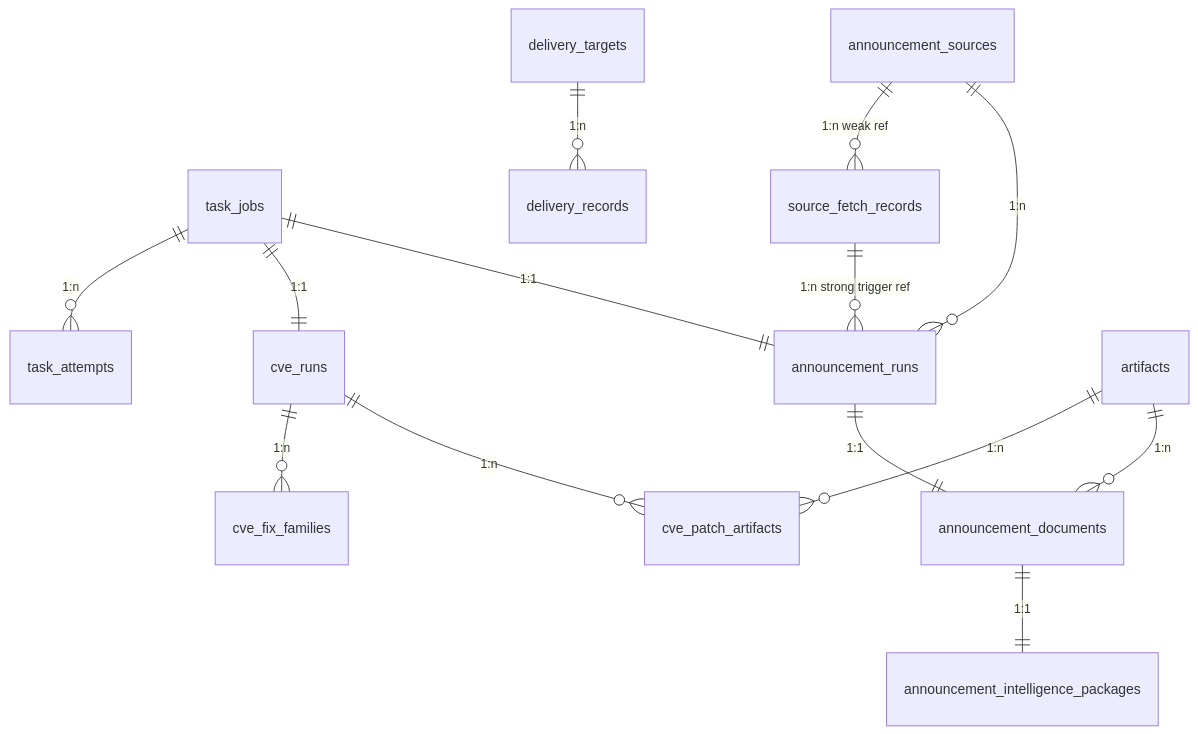
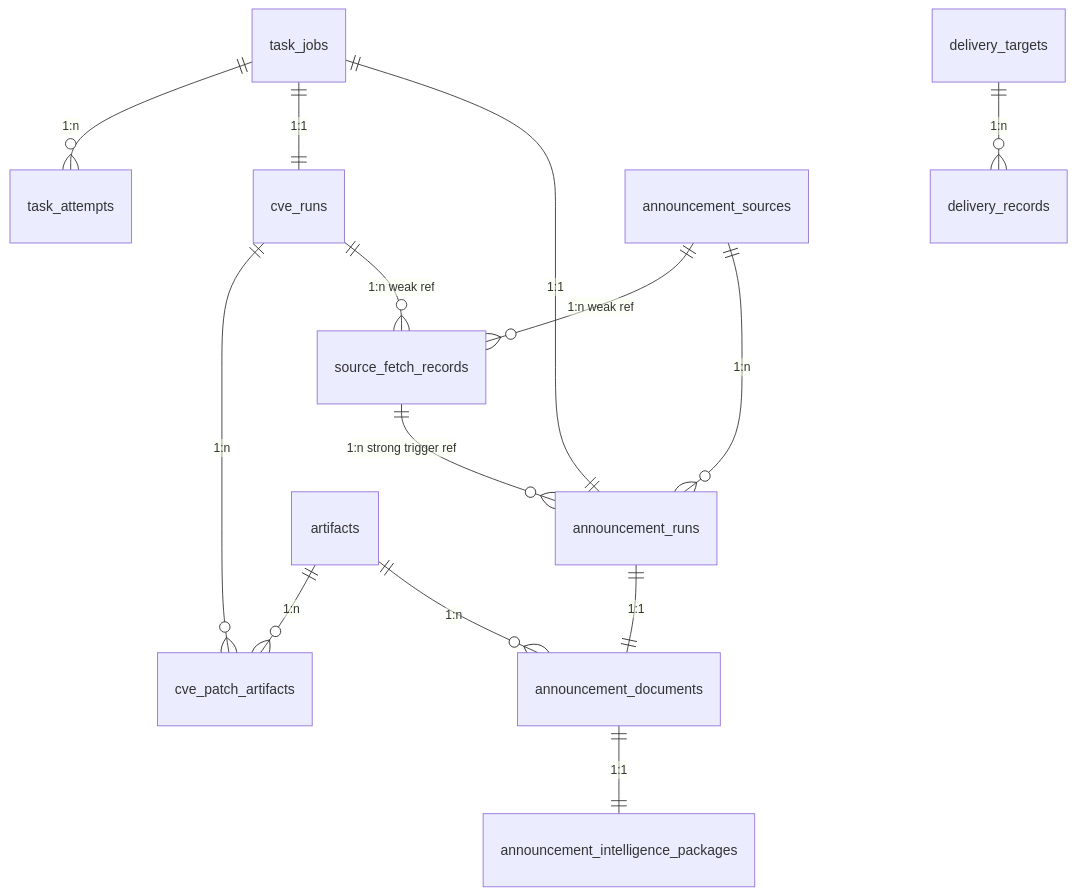
The second of 2 diagrams in docs/03-系统架构/数据库设计.md (coeoo/AetherFlow), drawn with Mermaid before and after one commit. The commit also changed other lines of this file and 35 other files, not shown here.

````diff
--- a/docs/03-系统架构/数据库设计.md
+++ b/docs/03-系统架构/数据库设计.md
@@ -428,19 +429,19 @@
 ```mermaid
 erDiagram
     task_jobs ||--o{ task_attempts : "1:n"
     task_jobs ||--|| cve_runs : "1:1"
     task_jobs ||--|| announcement_runs : "1:1"
 
     delivery_targets ||--o{ delivery_records : "1:n"
     artifacts ||--o{ cve_patch_artifacts : "1:n"
     artifacts ||--o{ announcement_documents : "1:n"
 
-    cve_runs ||--o{ cve_fix_families : "1:n"
     cve_runs ||--o{ cve_patch_artifacts : "1:n"
+    cve_runs ||--o{ source_fetch_records : "1:n weak ref"
 
     announcement_sources ||--o{ source_fetch_records : "1:n weak ref"
     source_fetch_records ||--o{ announcement_runs : "1:n strong trigger ref"
     announcement_sources ||--o{ announcement_runs : "1:n"
     announcement_runs ||--|| announcement_documents : "1:1"
     announcement_documents ||--|| announcement_intelligence_packages : "1:1"
 ```
````
